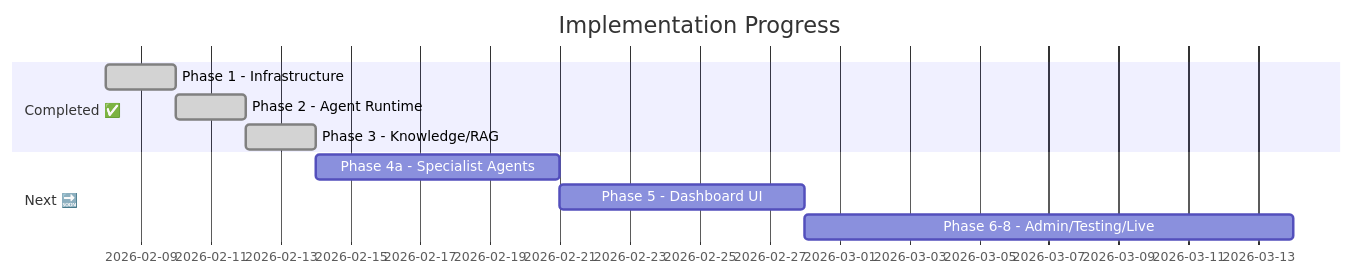
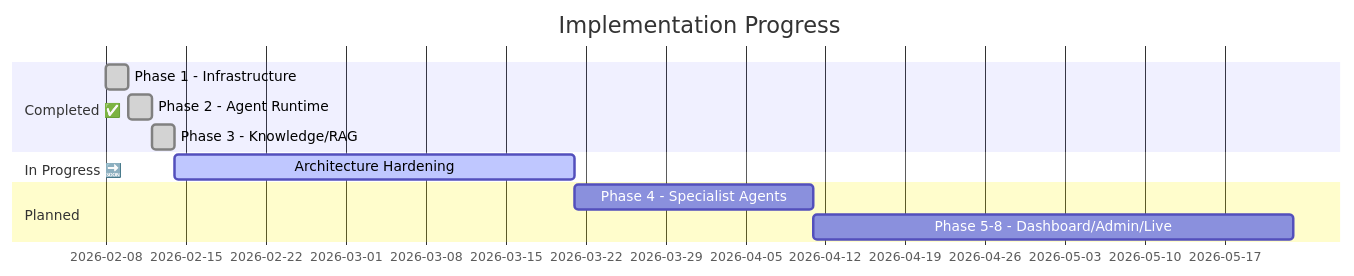
Before and after one commit to ahmadsarifudin-algo/company_AI: the first of 2 diagrams in PROJECT_PROGRESS.md, drawn with Mermaid. The commit also changed other lines of this file and 1 other file, not shown here.

Commit message:
docs: add Architecture Hardening plan (Single Chokepoint, ABAC, hash chain audit)

````diff
--- a/PROJECT_PROGRESS.md
+++ b/PROJECT_PROGRESS.md
@@ -11,13 +11,14 @@
 ```mermaid
 gantt
     title Implementation Progress
     dateFormat  YYYY-MM-DD
     section Completed ✅
     Phase 1 - Infrastructure     :done, p1, 2026-02-08, 2d
     Phase 2 - Agent Runtime      :done, p2, after p1, 2d
     Phase 3 - Knowledge/RAG      :done, p3, after p2, 2d
-    section Next 🔜
-    Phase 4a - Specialist Agents :p4, after p3, 7d
-    Phase 5 - Dashboard UI       :p5, after p4, 7d
-    Phase 6-8 - Admin/Testing/Live :p6, after p5, 14d
+    section In Progress 🔜
+    Architecture Hardening       :active, ah, after p3, 35d
+    section Planned
+    Phase 4 - Specialist Agents  :p4, after ah, 21d
+    Phase 5-8 - Dashboard/Admin/Live :p5, after p4, 42d
 ```
````
